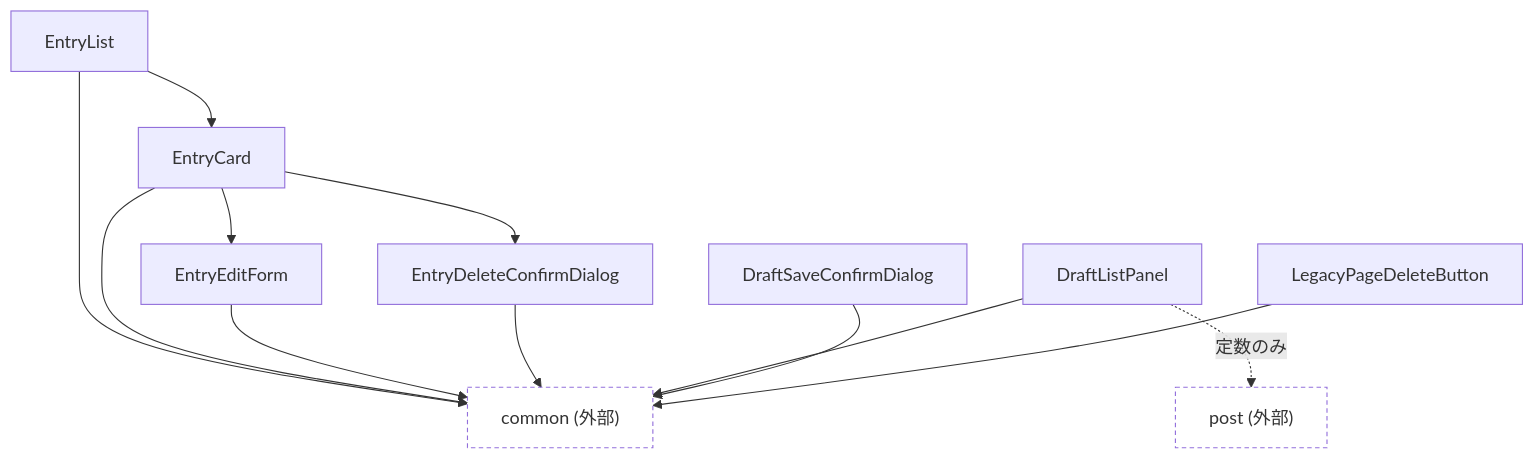
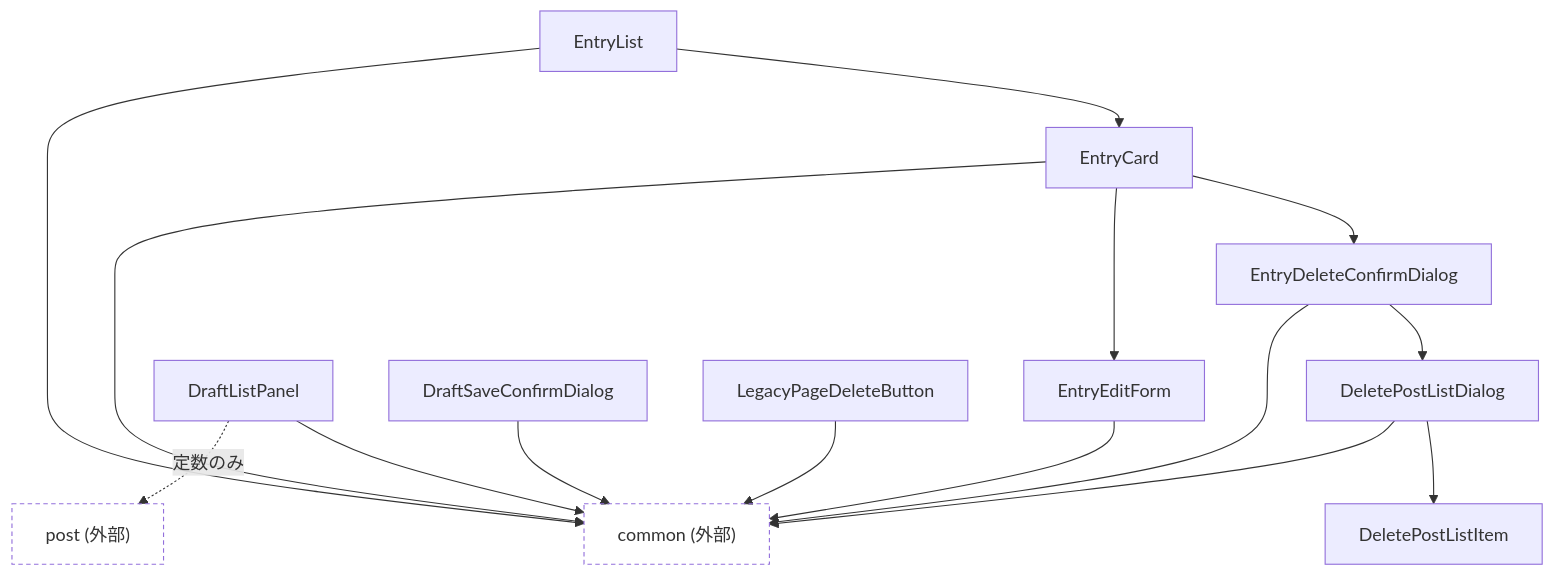
Before and after one commit to nekono-dev/skyshare: the diagram in src/components/entry/README.md, drawn with Mermaid. The commit also changed other lines of this file and 59 other files, not shown here.

````diff
--- a/src/components/entry/README.md
+++ b/src/components/entry/README.md
@@ -5,21 +5,24 @@
 ```mermaid
 graph TD
   EntryList --> EntryCard
   EntryCard --> EntryDeleteConfirmDialog
+  EntryDeleteConfirmDialog --> DeletePostListDialog
+  DeletePostListDialog --> DeletePostListItem
   EntryCard --> EntryEditForm
 
   EntryList --> commonExt
   EntryCard --> commonExt
   EntryEditForm --> commonExt
   EntryDeleteConfirmDialog --> commonExt
+  DeletePostListDialog --> commonExt
   DraftListPanel --> commonExt
   DraftSaveConfirmDialog --> commonExt
   LegacyPageDeleteButton --> commonExt
   DraftListPanel -. 定数のみ .-> postExt
 
   commonExt["common (外部)"]
   postExt["post (外部)"]
 
   classDef external stroke-dasharray: 4 3,fill:transparent;
   class commonExt,postExt external;
 ```
````
